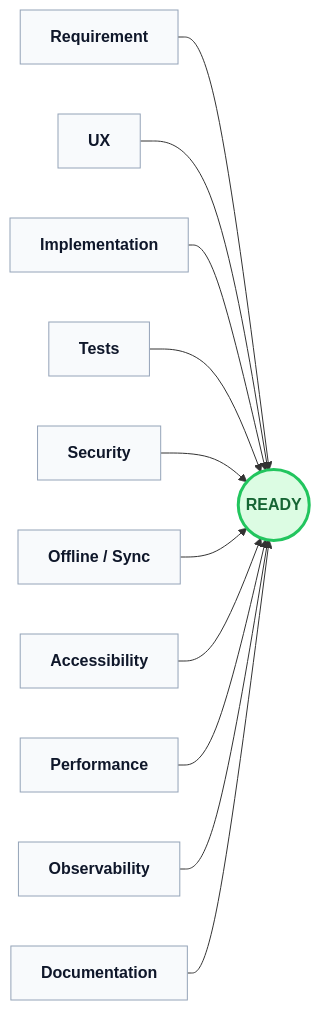
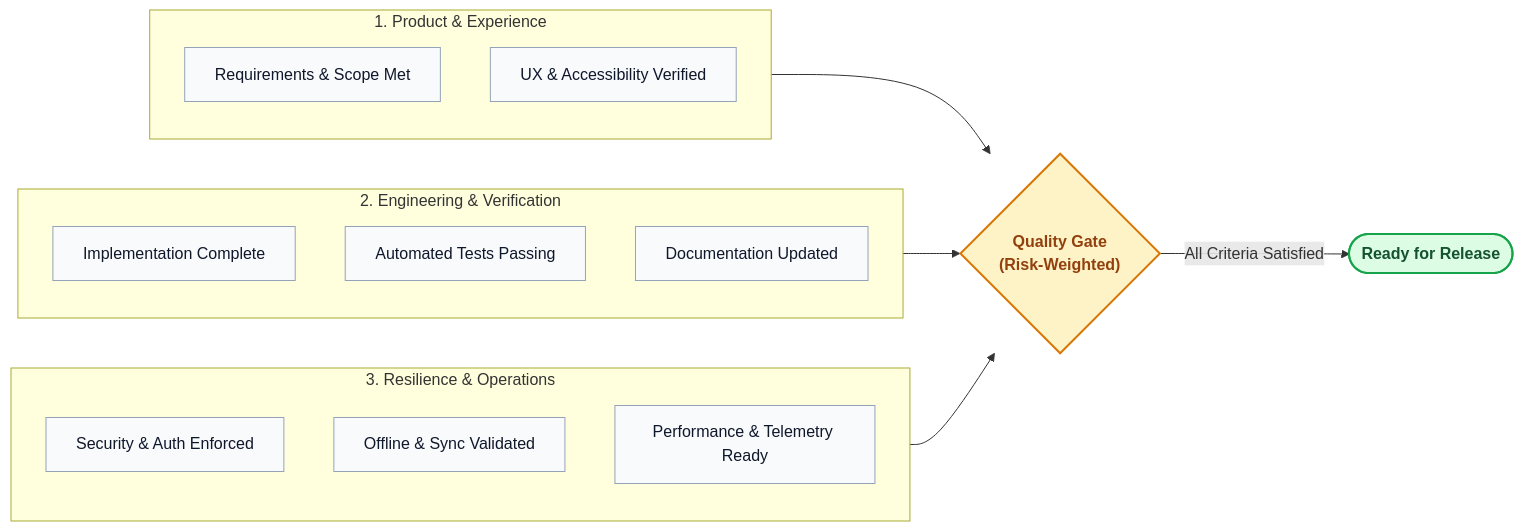
One commit to davidalbertstark-lab/Lenar changed the fifth of 5 diagrams in docs/architecture/12-Testing-Quality.md. Above: the diagram before and after it, drawn with Mermaid. The commit also changed other lines of this file and 28 other files, not shown here.

Commit message:
docs: system-wide diagram redesign for first-instance comprehension

````diff
--- a/docs/architecture/12-Testing-Quality.md
+++ b/docs/architecture/12-Testing-Quality.md
@@ -242,32 +264,32 @@
 ```mermaid
 flowchart LR
-    classDef attr fill:#f8fafc,stroke:#94a3b8,stroke-width:1px,color:#0f172a,font-weight:bold
-    classDef ready fill:#dcfce3,stroke:#22c55e,stroke-width:3px,color:#166534,font-weight:bold
+    classDef default fill:#f8fafc,stroke:#94a3b8,stroke-width:1px,color:#0f172a
+    classDef gate fill:#fef3c7,stroke:#d97706,stroke-width:2px,color:#92400e,font-weight:bold
+    classDef ready fill:#dcfce3,stroke:#16a34a,stroke-width:2px,color:#14532d,font-weight:bold
 
-    R[Requirement]
-    UX[UX]
-    I[Implementation]
-    T[Tests]
-    S[Security]
-    OS[Offline / Sync]
-    A[Accessibility]
-    P[Performance]
-    O[Observability]
-    D[Documentation]
-    
-    RDY((READY))
-    
-    R --> RDY
-    UX --> RDY
-    I --> RDY
-    T --> RDY
-    S --> RDY
-    OS --> RDY
-    A --> RDY
-    P --> RDY
-    O --> RDY
-    D --> RDY
-    
-    class R,UX,I,T,S,OS,A,P,O,D attr;
-    class RDY ready;
+    subgraph ProdUX ["1. Product & Experience"]
+        direction TB
+        R["Requirements & Scope Met"]
+        UX["UX & Accessibility Verified"]
+    end
+
+    subgraph DevVerif ["2. Engineering & Verification"]
+        direction TB
+        I["Implementation Complete"]
+        T["Automated Tests Passing"]
+        D["Documentation Updated"]
+    end
+
+    subgraph ResOps ["3. Resilience & Operations"]
+        direction TB
+        S["Security & Auth Enforced"]
+        OS["Offline & Sync Validated"]
+        PO["Performance & Telemetry Ready"]
+    end
+
+    ProdUX --> GATE{"Quality Gate<br/>(Risk-Weighted)"}:::gate
+    DevVerif --> GATE
+    ResOps --> GATE
+
+    GATE -->|"All Criteria Satisfied"| READY(["Ready for Release"]):::ready
 ```
````
